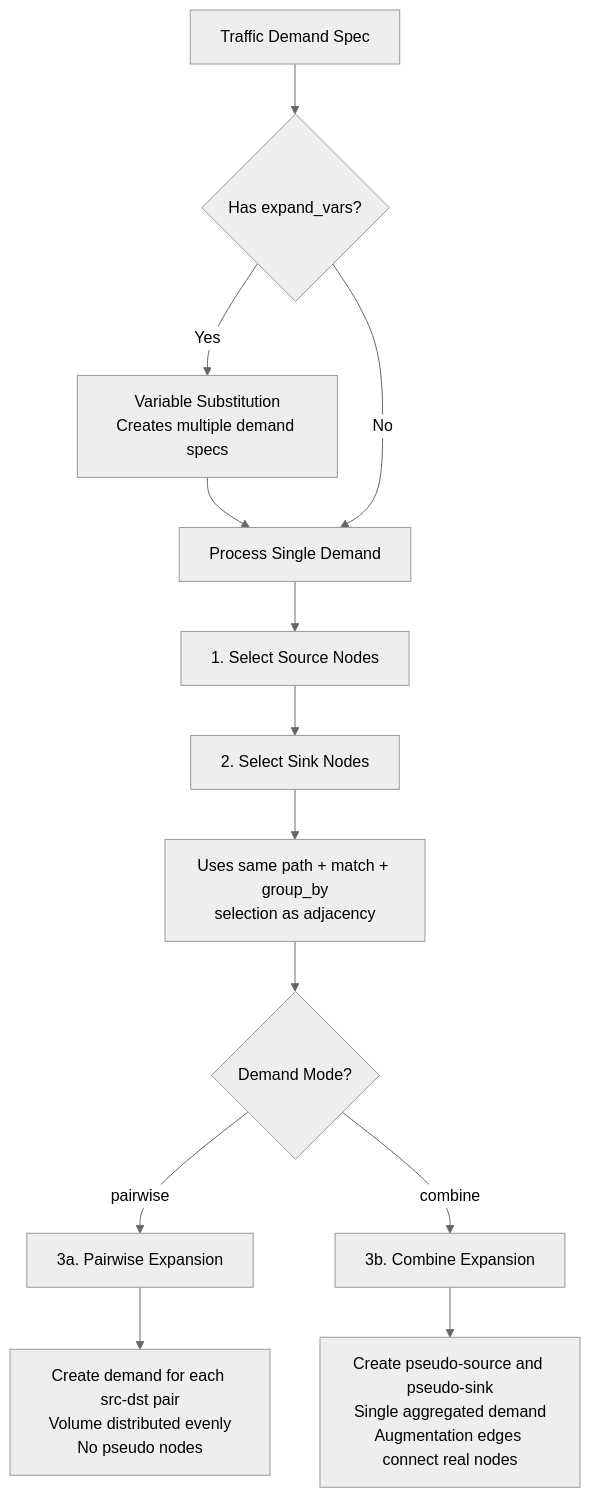
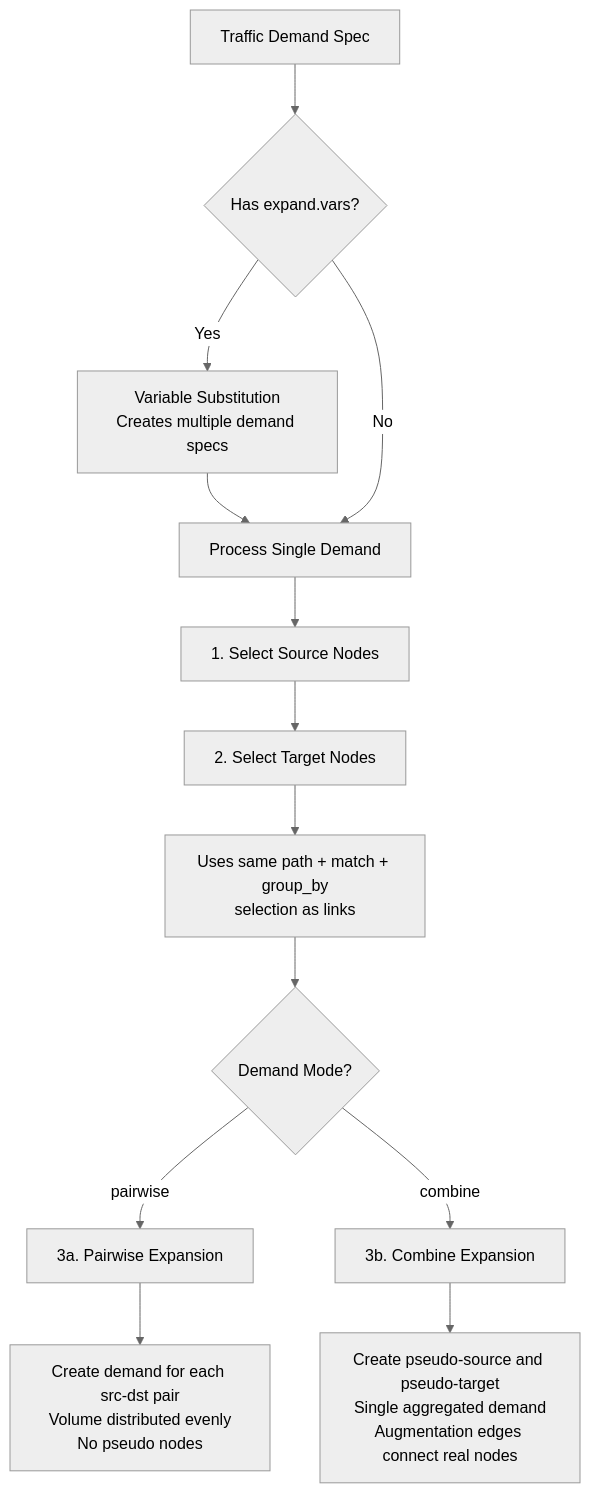
Before and after one commit to networmix/NetGraph: the second of 3 diagrams in .claude/skills/netgraph-dsl/references/REFERENCE.md, drawn with Mermaid (neutral theme). The commit also changed other lines of this file and 124 other files, not shown here.

````diff
--- a/.claude/skills/netgraph-dsl/references/REFERENCE.md
+++ b/.claude/skills/netgraph-dsl/references/REFERENCE.md
@@ -119,15 +117,15 @@
 ```mermaid
 flowchart TD
-    Start[Traffic Demand Spec] --> VarExpand{Has expand_vars?}
+    Start[Traffic Demand Spec] --> VarExpand{Has expand.vars?}
     VarExpand -->|Yes| VarSubst[Variable Substitution<br/>Creates multiple demand specs]
     VarSubst --> Process
     VarExpand -->|No| Process[Process Single Demand]
     Process --> SrcSelect[1. Select Source Nodes]
-    SrcSelect --> SinkSelect[2. Select Sink Nodes]
-    SinkSelect --> SrcDesc[Uses same path + match + group_by<br/>selection as adjacency]
+    SrcSelect --> TgtSelect[2. Select Target Nodes]
+    TgtSelect --> SrcDesc[Uses same path + match + group_by<br/>selection as links]
     SrcDesc --> Mode{Demand Mode?}
     Mode -->|pairwise| Pairwise[3a. Pairwise Expansion]
     Mode -->|combine| Combine[3b. Combine Expansion]
     Pairwise --> PairDesc[Create demand for each src-dst pair<br/>Volume distributed evenly<br/>No pseudo nodes]
-    Combine --> CombDesc[Create pseudo-source and pseudo-sink<br/>Single aggregated demand<br/>Augmentation edges connect real nodes]
+    Combine --> CombDesc[Create pseudo-source and pseudo-target<br/>Single aggregated demand<br/>Augmentation edges connect real nodes]
 ```
````
